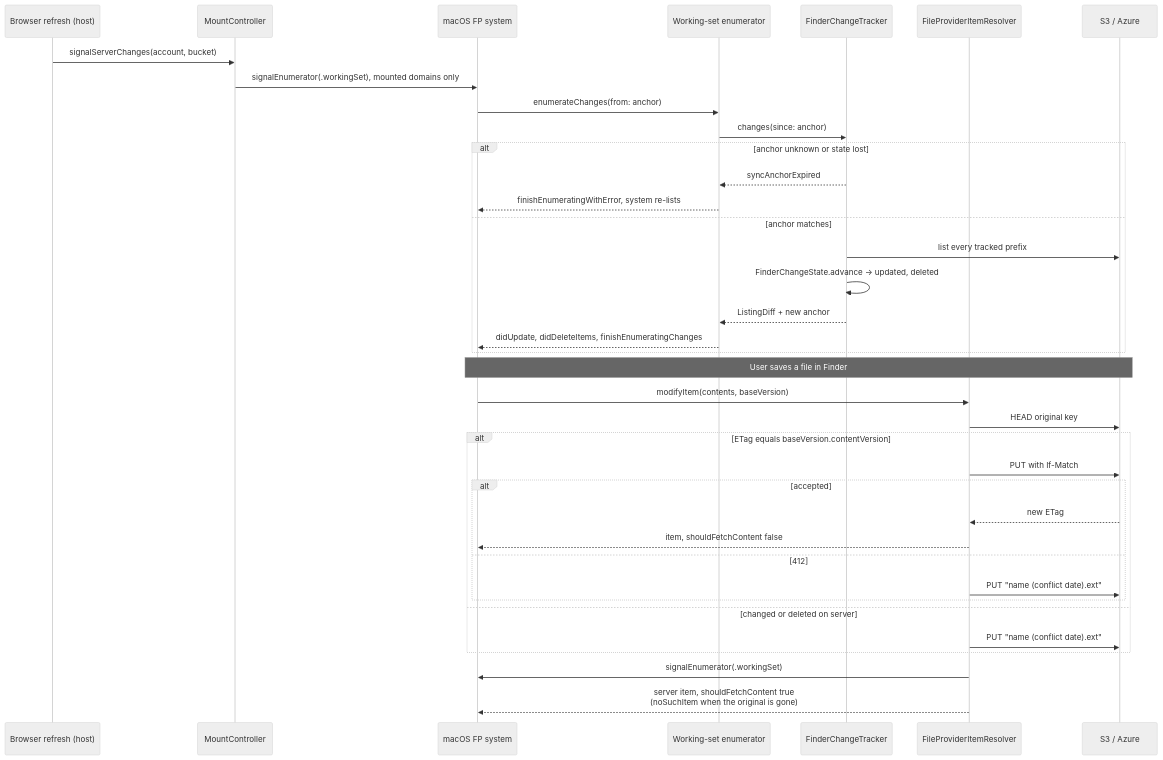
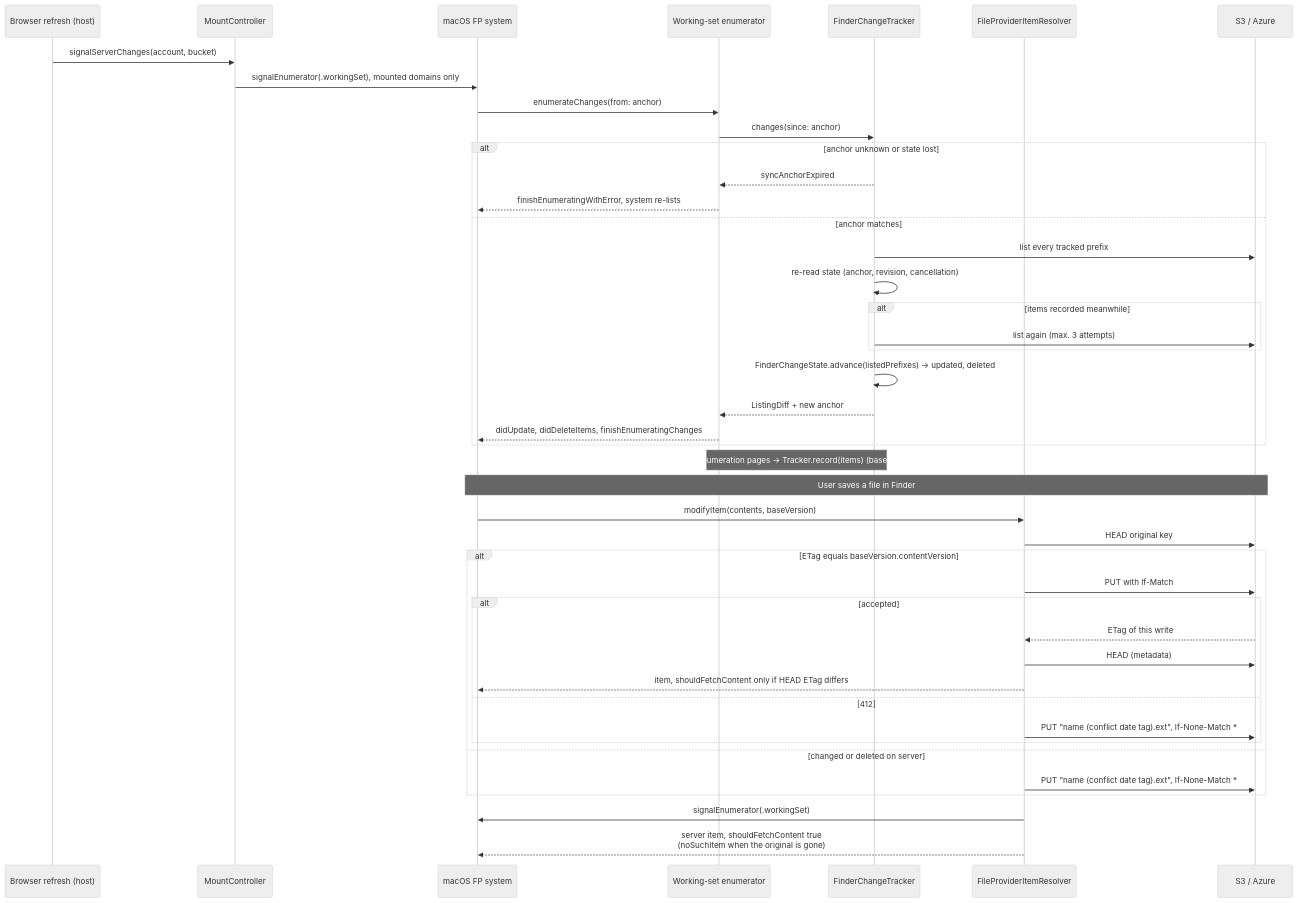
Diagram 11 of 20 in docs/ARCHITECTURE.md (digitalfreedom-co-za/bucketeer), drawn with Mermaid (neutral theme) before and after one commit. The commit also changed other lines of this file, not shown here.

First line of the commit message:
docs(architecture): Open With recovery, write ETags, atomic change tracking

````diff
--- a/docs/ARCHITECTURE.md
+++ b/docs/ARCHITECTURE.md
@@ -609,41 +621,47 @@
 ```mermaid
 sequenceDiagram
     participant Host as Browser refresh (host)
     participant MC as MountController
     participant System as macOS FP system
     participant Enum as Working-set enumerator
     participant Tracker as FinderChangeTracker
     participant Res as FileProviderItemResolver
     participant Store as S3 / Azure
 
     Host->>MC: signalServerChanges(account, bucket)
     MC->>System: signalEnumerator(.workingSet), mounted domains only
     System->>Enum: enumerateChanges(from: anchor)
     Enum->>Tracker: changes(since: anchor)
     alt anchor unknown or state lost
         Tracker-->>Enum: syncAnchorExpired
         Enum-->>System: finishEnumeratingWithError, system re-lists
     else anchor matches
         Tracker->>Store: list every tracked prefix
-        Tracker->>Tracker: FinderChangeState.advance → updated, deleted
+        Tracker->>Tracker: re-read state (anchor, revision, cancellation)
+        alt items recorded meanwhile
+            Tracker->>Store: list again (max. 3 attempts)
+        end
+        Tracker->>Tracker: FinderChangeState.advance(listedPrefixes) → updated, deleted
         Tracker-->>Enum: ListingDiff + new anchor
         Enum-->>System: didUpdate, didDeleteItems, finishEnumeratingChanges
     end
+    Note over Enum, Tracker: Folder enumeration pages → Tracker.record(items) (baseline only)
 
     Note over System, Store: User saves a file in Finder
     System->>Res: modifyItem(contents, baseVersion)
     Res->>Store: HEAD original key
     alt ETag equals baseVersion.contentVersion
         Res->>Store: PUT with If-Match
         alt accepted
-            Store-->>Res: new ETag
-            Res-->>System: item, shouldFetchContent false
+            Store-->>Res: ETag of this write
+            Res->>Store: HEAD (metadata)
+            Res-->>System: item, shouldFetchContent only if HEAD ETag differs
         else 412
-            Res->>Store: PUT "name (conflict date).ext"
+            Res->>Store: PUT "name (conflict date tag).ext", If-None-Match *
         end
     else changed or deleted on server
-        Res->>Store: PUT "name (conflict date).ext"
+        Res->>Store: PUT "name (conflict date tag).ext", If-None-Match *
     end
     Res->>System: signalEnumerator(.workingSet)
     Res-->>System: server item, shouldFetchContent true<br/>(noSuchItem when the original is gone)
 ```
````
